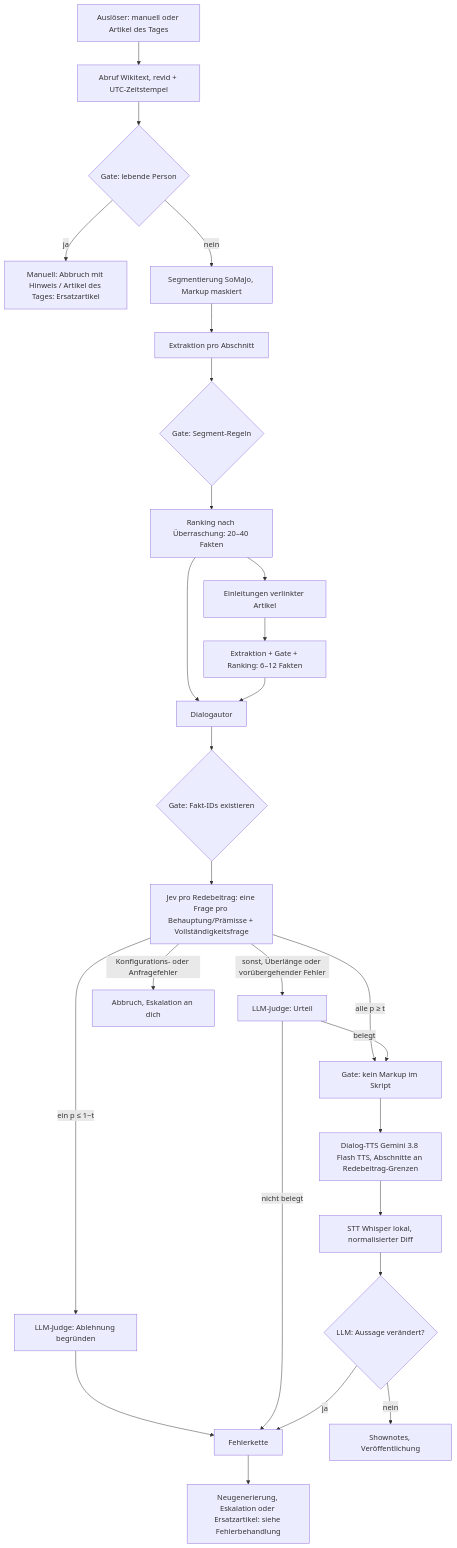
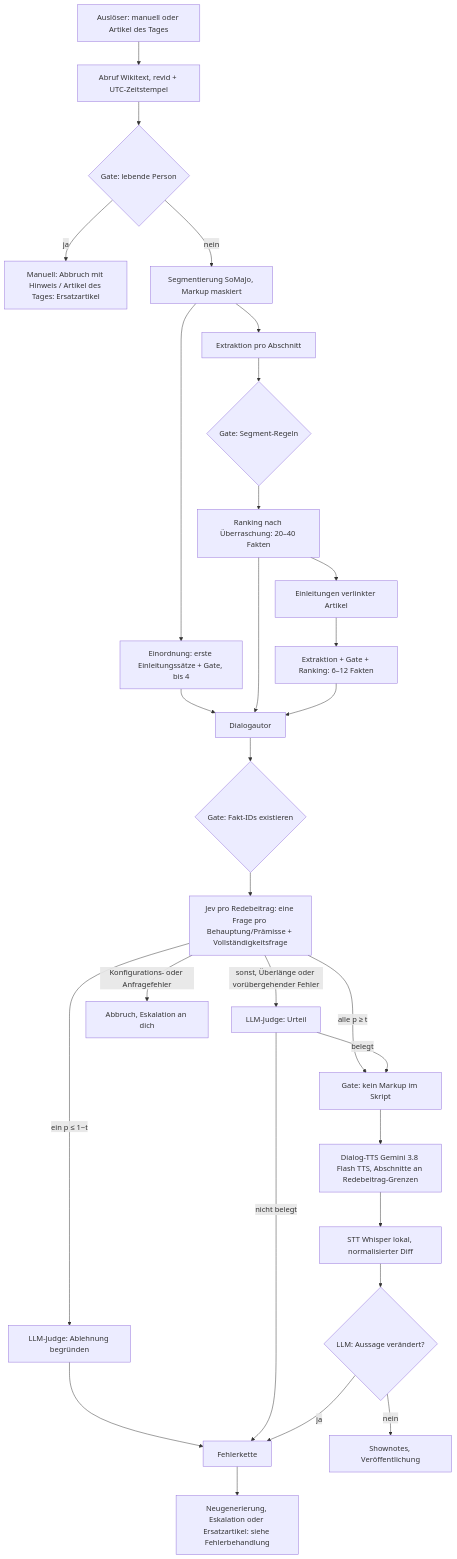
One commit to FOURTEEN-AI/gut-zu-wissen changed the diagram in docs/wikipedia-podcast-pipeline.md. Above: the diagram before and after it, drawn with Mermaid. The commit also changed other lines of this file and 9 other files, not shown here.

````diff
--- a/docs/wikipedia-podcast-pipeline.md
+++ b/docs/wikipedia-podcast-pipeline.md
@@ -19,29 +19,31 @@
 ```mermaid
 flowchart TD
     T[Auslöser: manuell oder Artikel des Tages] --> A[Abruf Wikitext, revid + UTC-Zeitstempel]
     A --> GP{Gate: lebende Person}
     GP -- ja --> FP[Manuell: Abbruch mit Hinweis / Artikel des Tages: Ersatzartikel]
     GP -- nein --> S[Segmentierung SoMaJo, Markup maskiert]
     S --> X[Extraktion pro Abschnitt]
     X --> G1{Gate: Segment-Regeln}
     G1 --> R[Ranking nach Überraschung: 20–40 Fakten]
     R --> L[Einleitungen verlinkter Artikel]
     L --> X2[Extraktion + Gate + Ranking: 6–12 Fakten]
+    S --> E[Einordnung: erste Einleitungssätze + Gate, bis 4]
+    E --> D
     R --> D[Dialogautor]
     X2 --> D
     D --> G2{Gate: Fakt-IDs existieren}
     G2 --> J[Jev pro Redebeitrag: eine Frage pro Behauptung/Prämisse + Vollständigkeitsfrage]
     J -- "alle p ≥ t" --> M[Gate: kein Markup im Skript]
     J -- "ein p ≤ 1−t" --> JB[LLM-Judge: Ablehnung begründen]
     JB --> F[Fehlerkette]
     J -- "sonst, Überlänge oder vorübergehender Fehler" --> J2[LLM-Judge: Urteil]
     J -- Konfigurations- oder Anfragefehler --> AB[Abbruch, Eskalation an dich]
     J2 -- nicht belegt --> F
     J2 -- belegt --> M
     M --> TTS[Dialog-TTS Gemini 3.8 Flash TTS, Abschnitte an Redebeitrag-Grenzen]
     TTS --> STT[STT Whisper lokal, normalisierter Diff]
     STT --> Q{LLM: Aussage verändert?}
     Q -- ja --> F
     Q -- nein --> P[Shownotes, Veröffentlichung]
     F --> FT[Neugenerierung, Eskalation oder Ersatzartikel: siehe Fehlerbehandlung]
 ```
````
